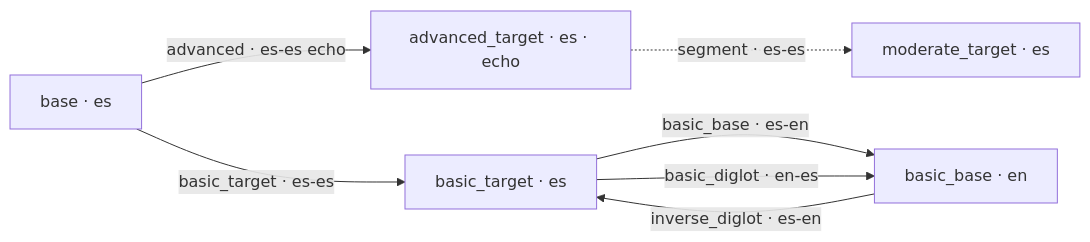
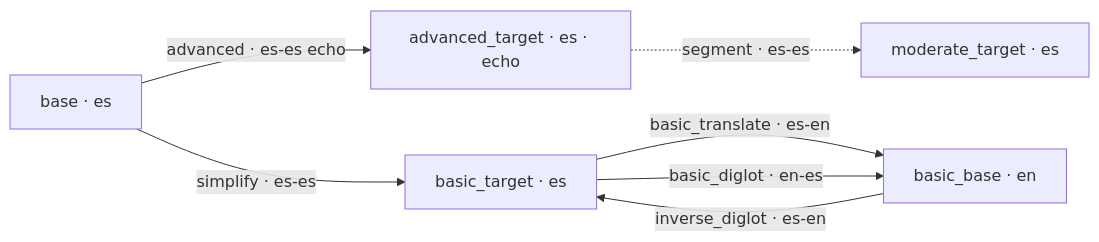
One commit to williamtbranch/weavelang changed the second of 2 diagrams in documentation/Prompt_Flow_and_Asset_Layout.md. Above: the diagram before and after it, drawn with Mermaid. The commit also changed other lines of this file and 12 other files, not shown here.

Commit message:
Rename basic-tier prompts by function (simplify/basic_translate)

````diff
--- a/documentation/Prompt_Flow_and_Asset_Layout.md
+++ b/documentation/Prompt_Flow_and_Asset_Layout.md
@@ -133,15 +148,15 @@
 ```mermaid
 graph LR
     base[base · es]
     adv[advanced_target · es · echo]
     mod[moderate_target · es]
     btgt[basic_target · es]
     bbas[basic_base · en]
 
     base -->|advanced · es-es echo| adv
     adv  -.->|segment · es-es| mod
-    base -->|basic_target · es-es| btgt
-    btgt -->|basic_base · es-en| bbas
+    base -->|simplify · es-es| btgt
+    btgt -->|basic_translate · es-en| bbas
     btgt -->|basic_diglot · en-es| bbas
     bbas -->|inverse_diglot · es-en| btgt
 ```
````
